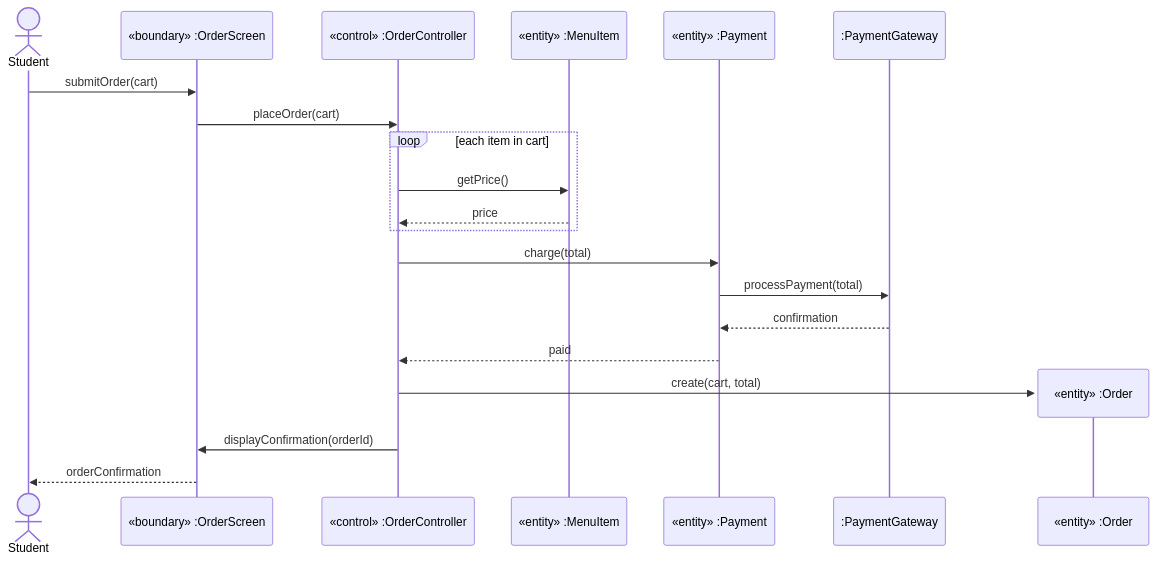
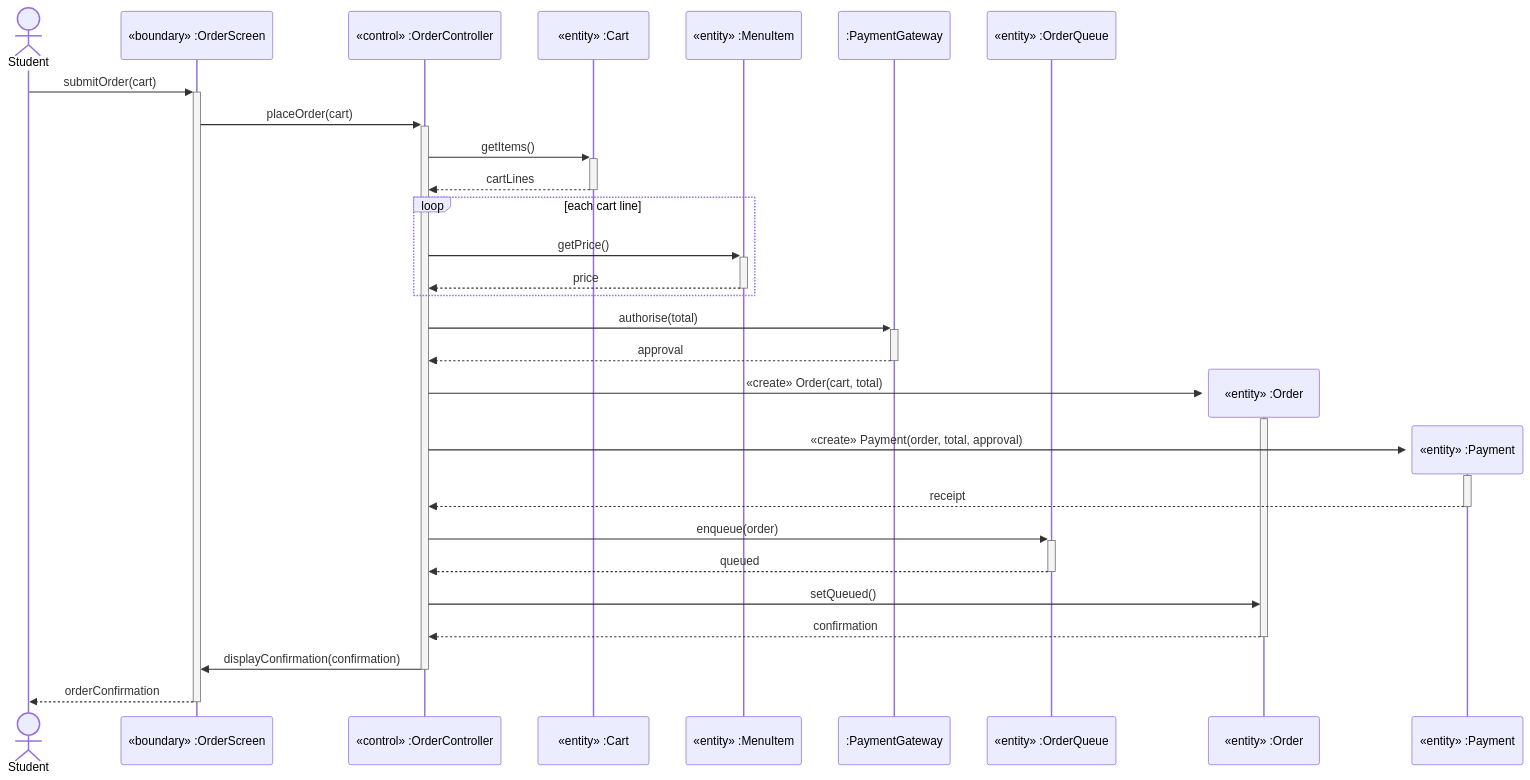
The fourth of 5 diagrams in EXAM-DIAGRAMS-AND-DESCRIPTIONS.md (Beh69/Software-dev-lectures), drawn with Mermaid before and after one commit. The commit also changed other lines of this file and 1 other file, not shown here.

Commit message:
Correct worked UML diagrams and scenario models

````diff
--- a/EXAM-DIAGRAMS-AND-DESCRIPTIONS.md
+++ b/EXAM-DIAGRAMS-AND-DESCRIPTIONS.md
@@ -326,24 +397,33 @@
 ```mermaid
 sequenceDiagram
     actor Student
     participant S as «boundary» :OrderScreen
     participant C as «control» :OrderController
+    participant Cart as «entity» :Cart
     participant M as «entity» :MenuItem
-    participant P as «entity» :Payment
     participant G as :PaymentGateway
+    participant Q as «entity» :OrderQueue
 
-    Student->>S: submitOrder(cart)
-    S->>C: placeOrder(cart)
-    loop each item in cart
-        C->>M: getPrice()
-        M-->>C: price
+    Student->>+S: submitOrder(cart)
+    S->>+C: placeOrder(cart)
+    C->>+Cart: getItems()
+    Cart-->>-C: cartLines
+    loop each cart line
+        C->>+M: getPrice()
+        M-->>-C: price
     end
-    C->>P: charge(total)
-    P->>G: processPayment(total)
-    G-->>P: confirmation
-    P-->>C: paid
+    C->>+G: authorise(total)
+    G-->>-C: approval
     create participant O as «entity» :Order
-    C->>O: create(cart, total)
-    C->>S: displayConfirmation(orderId)
-    S-->>Student: orderConfirmation
+    C->>+O: «create» Order(cart, total)
+    create participant P as «entity» :Payment
+    C->>+P: «create» Payment(order, total, approval)
+    P-->>-C: receipt
+    C->>+Q: enqueue(order)
+    Q-->>-C: queued
+    C->>O: setQueued()
+    O-->>-C: confirmation
+    C->>S: displayConfirmation(confirmation)
+    deactivate C
+    S-->>-Student: orderConfirmation
 ```
````
